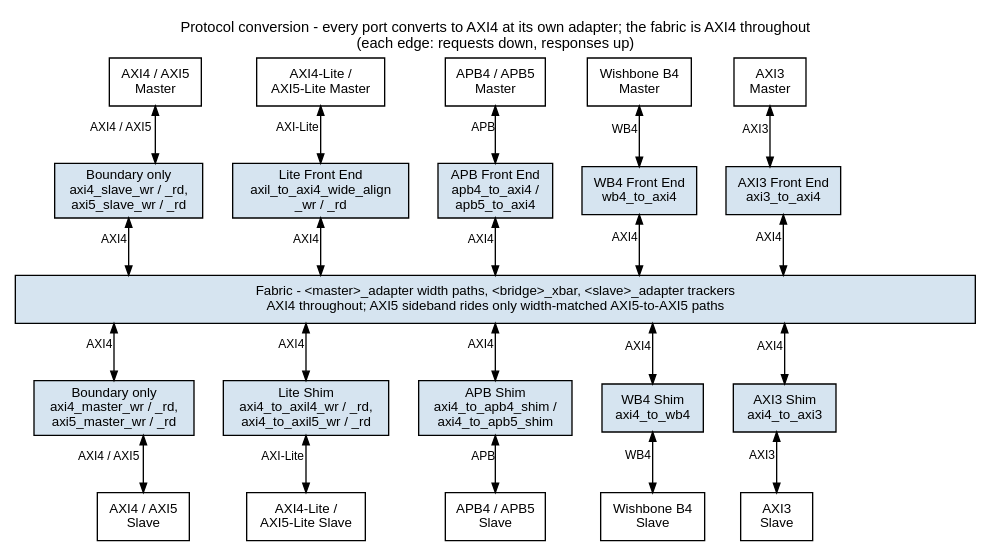
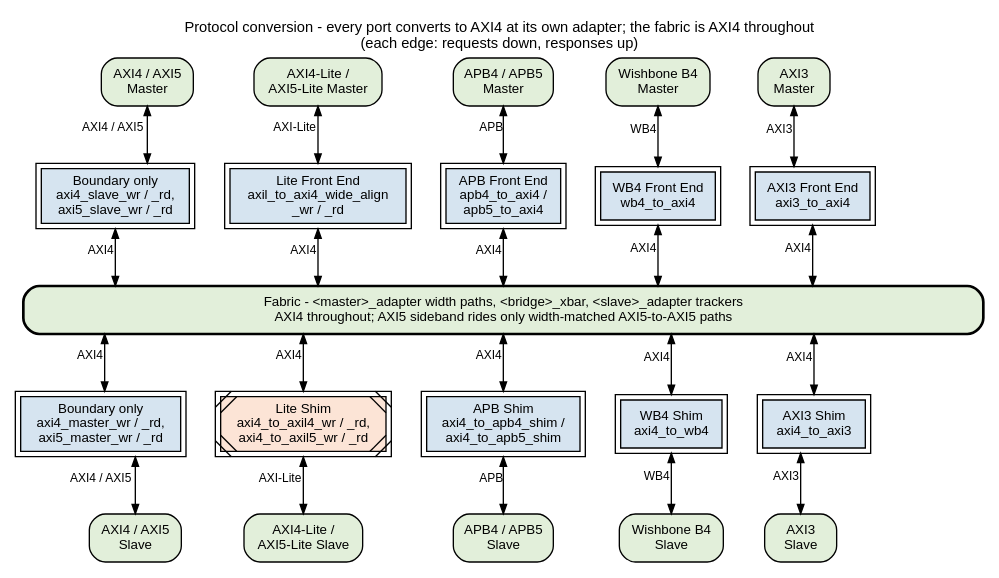
Before and after one commit to sean-galloway/RTLDesignSherpa: the diagram in projects/components/fabric-gen-ip/bridge/docs/bridge_mas/assets/graphviz/protocol_conversion_arch.dot, drawn with Graphviz. The commit also changed 1165 other files, not shown here.

First line of the commit message:
docs: every block diagram converted to the element key v3 (641 rendered)

```diff
--- a/projects/components/fabric-gen-ip/bridge/docs/bridge_mas/assets/graphviz/protocol_conversion_arch.dot
+++ b/projects/components/fabric-gen-ip/bridge/docs/bridge_mas/assets/graphviz/protocol_conversion_arch.dot
@@ -1,66 +1,66 @@
 // Where protocol conversion happens: front-end converters in each master
 // adapter, AXI4 through the fabric, shims in each slave adapter. Module names
 // counted across rtl/generated/*/*adapter.sv. House style: vault/handbook/authoring/block-diagrams.md
 digraph protocol_conversion_arch {
     graph [rankdir=TB, bgcolor="white", fontname="Helvetica", fontsize=11,
            nodesep="0.30", ranksep="0.60", splines=ortho, labelloc=t,
            label="Protocol conversion - every port converts to AXI4 at its own adapter; the fabric is AXI4 throughout\n(each edge: requests down, responses up)"];
     node  [fontname="Helvetica", fontsize=10, shape=box, style=filled,
-           fillcolor="#D6E4F0", color="black", margin="0.10,0.06"];
+           fillcolor="white", color="black", margin="0.10,0.06"];
     edge  [fontname="Helvetica", fontsize=9, color="black", arrowsize=0.7, dir=both];
 
-    m1 [label="AXI4 / AXI5\nMaster", fillcolor="white"];
-    m2 [label="AXI4-Lite /\nAXI5-Lite Master", fillcolor="white"];
-    m3 [label="APB4 / APB5\nMaster", fillcolor="white"];
-    m4 [label="Wishbone B4\nMaster", fillcolor="white"];
-    m5 [label="AXI3\nMaster", fillcolor="white"];
+    m1 [label="AXI4 / AXI5\nMaster", fillcolor="white", style="rounded,filled", fillcolor="#E2EFDA"];
+    m2 [label="AXI4-Lite /\nAXI5-Lite Master", fillcolor="white", style="rounded,filled", fillcolor="#E2EFDA"];
+    m3 [label="APB4 / APB5\nMaster", fillcolor="white", style="rounded,filled", fillcolor="#E2EFDA"];
+    m4 [label="Wishbone B4\nMaster", fillcolor="white", style="rounded,filled", fillcolor="#E2EFDA"];
+    m5 [label="AXI3\nMaster", fillcolor="white", style="rounded,filled", fillcolor="#E2EFDA"];
     { rank=same; m1; m2; m3; m4; m5; }
     m1 -> m2 -> m3 -> m4 -> m5 [style=invis, dir=none];
 
-    f1 [label="Boundary only\naxi4_slave_wr / _rd,\naxi5_slave_wr / _rd"];
-    f2 [label="Lite Front End\naxil_to_axi4_wide_align\n_wr / _rd"];
-    f3 [label="APB Front End\napb4_to_axi4 /\napb5_to_axi4"];
-    f4 [label="WB4 Front End\nwb4_to_axi4"];
-    f5 [label="AXI3 Front End\naxi3_to_axi4"];
+    f1 [label="Boundary only\naxi4_slave_wr / _rd,\naxi5_slave_wr / _rd", peripheries=2, style="filled", fillcolor="#D6E4F0"];
+    f2 [label="Lite Front End\naxil_to_axi4_wide_align\n_wr / _rd", peripheries=2, style="filled", fillcolor="#D6E4F0"];
+    f3 [label="APB Front End\napb4_to_axi4 /\napb5_to_axi4", peripheries=2, style="filled", fillcolor="#D6E4F0"];
+    f4 [label="WB4 Front End\nwb4_to_axi4", peripheries=2, style="filled", fillcolor="#D6E4F0"];
+    f5 [label="AXI3 Front End\naxi3_to_axi4", peripheries=2, style="filled", fillcolor="#D6E4F0"];
     { rank=same; f1; f2; f3; f4; f5; }
     f1 -> f2 -> f3 -> f4 -> f5 [style=invis, dir=none];
 
-    x [label="Fabric - <master>_adapter width paths, <bridge>_xbar, <slave>_adapter trackers\nAXI4 throughout; AXI5 sideband rides only width-matched AXI5-to-AXI5 paths", width=10];
+    x [label="Fabric - <master>_adapter width paths, <bridge>_xbar, <slave>_adapter trackers\nAXI4 throughout; AXI5 sideband rides only width-matched AXI5-to-AXI5 paths", width=10, style="rounded,filled,bold", fillcolor="#E2EFDA"];
 
-    s1 [label="Boundary only\naxi4_master_wr / _rd,\naxi5_master_wr / _rd"];
-    s2 [label="Lite Shim\naxi4_to_axil4_wr / _rd,\naxi4_to_axil5_wr / _rd"];
-    s3 [label="APB Shim\naxi4_to_apb4_shim /\naxi4_to_apb5_shim"];
-    s4 [label="WB4 Shim\naxi4_to_wb4"];
-    s5 [label="AXI3 Shim\naxi4_to_axi3"];
+    s1 [label="Boundary only\naxi4_master_wr / _rd,\naxi5_master_wr / _rd", peripheries=2, style="filled", fillcolor="#D6E4F0"];
+    s2 [label="Lite Shim\naxi4_to_axil4_wr / _rd,\naxi4_to_axil5_wr / _rd", peripheries=2, style="filled,diagonals", fillcolor="#FCE4D6"];
+    s3 [label="APB Shim\naxi4_to_apb4_shim /\naxi4_to_apb5_shim", peripheries=2, style="filled", fillcolor="#D6E4F0"];
+    s4 [label="WB4 Shim\naxi4_to_wb4", peripheries=2, style="filled", fillcolor="#D6E4F0"];
+    s5 [label="AXI3 Shim\naxi4_to_axi3", peripheries=2, style="filled", fillcolor="#D6E4F0"];
     { rank=same; s1; s2; s3; s4; s5; }
     s1 -> s2 -> s3 -> s4 -> s5 [style=invis, dir=none];
 
-    t1 [label="AXI4 / AXI5\nSlave", fillcolor="white"];
-    t2 [label="AXI4-Lite /\nAXI5-Lite Slave", fillcolor="white"];
-    t3 [label="APB4 / APB5\nSlave", fillcolor="white"];
-    t4 [label="Wishbone B4\nSlave", fillcolor="white"];
-    t5 [label="AXI3\nSlave", fillcolor="white"];
+    t1 [label="AXI4 / AXI5\nSlave", fillcolor="white", style="rounded,filled", fillcolor="#E2EFDA"];
+    t2 [label="AXI4-Lite /\nAXI5-Lite Slave", fillcolor="white", style="rounded,filled", fillcolor="#E2EFDA"];
+    t3 [label="APB4 / APB5\nSlave", fillcolor="white", style="rounded,filled", fillcolor="#E2EFDA"];
+    t4 [label="Wishbone B4\nSlave", fillcolor="white", style="rounded,filled", fillcolor="#E2EFDA"];
+    t5 [label="AXI3\nSlave", fillcolor="white", style="rounded,filled", fillcolor="#E2EFDA"];
     { rank=same; t1; t2; t3; t4; t5; }
     t1 -> t2 -> t3 -> t4 -> t5 [style=invis, dir=none];
 
     m1 -> f1 [xlabel="AXI4 / AXI5"];
     m2 -> f2 [xlabel="AXI-Lite"];
     m3 -> f3 [xlabel="APB"];
     m4 -> f4 [xlabel="WB4"];
     m5 -> f5 [xlabel="AXI3"];
     f1 -> x [xlabel="AXI4"];
     f2 -> x [xlabel="AXI4"];
     f3 -> x [xlabel="AXI4"];
     f4 -> x [xlabel="AXI4"];
     f5 -> x [xlabel="AXI4"];
     x -> s1 [xlabel="AXI4"];
     x -> s2 [xlabel="AXI4"];
     x -> s3 [xlabel="AXI4"];
     x -> s4 [xlabel="AXI4"];
     x -> s5 [xlabel="AXI4"];
     s1 -> t1 [xlabel="AXI4 / AXI5"];
     s2 -> t2 [xlabel="AXI-Lite"];
     s3 -> t3 [xlabel="APB"];
     s4 -> t4 [xlabel="WB4"];
     s5 -> t5 [xlabel="AXI3"];
 }
```
